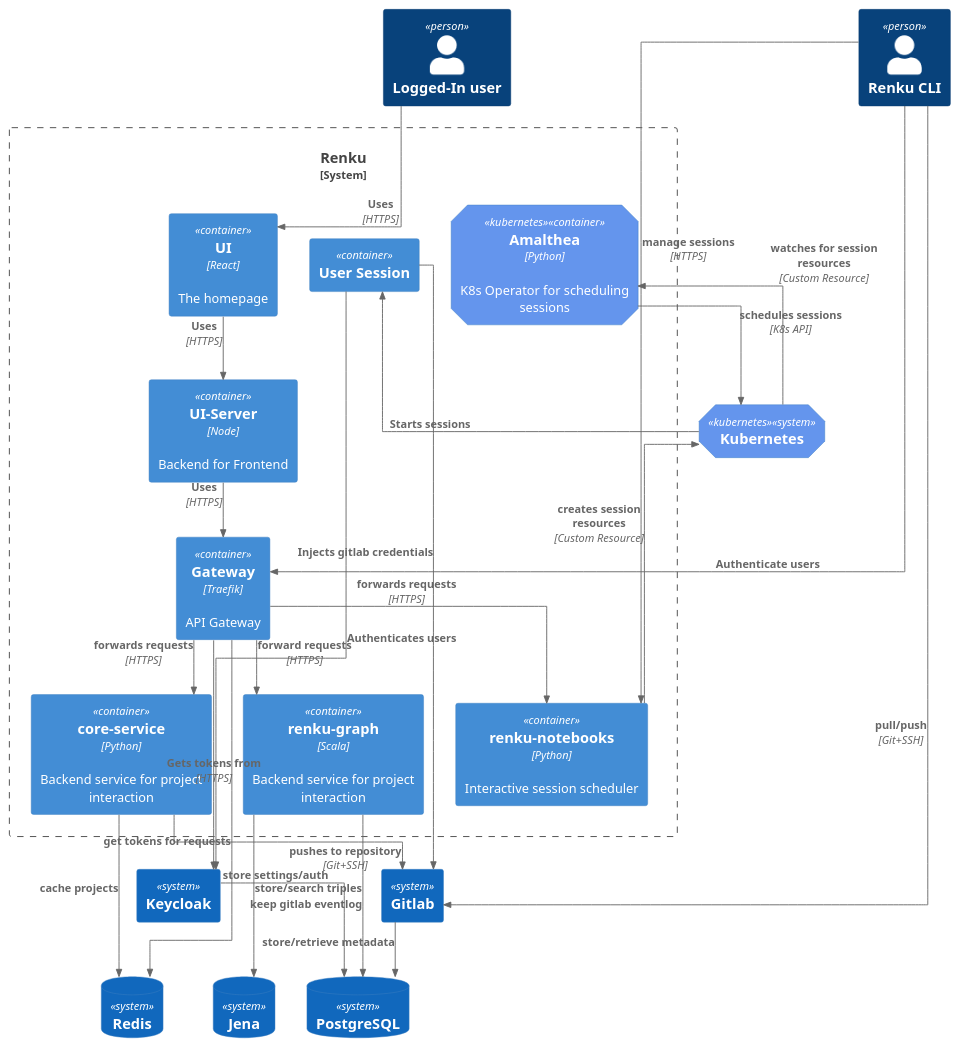
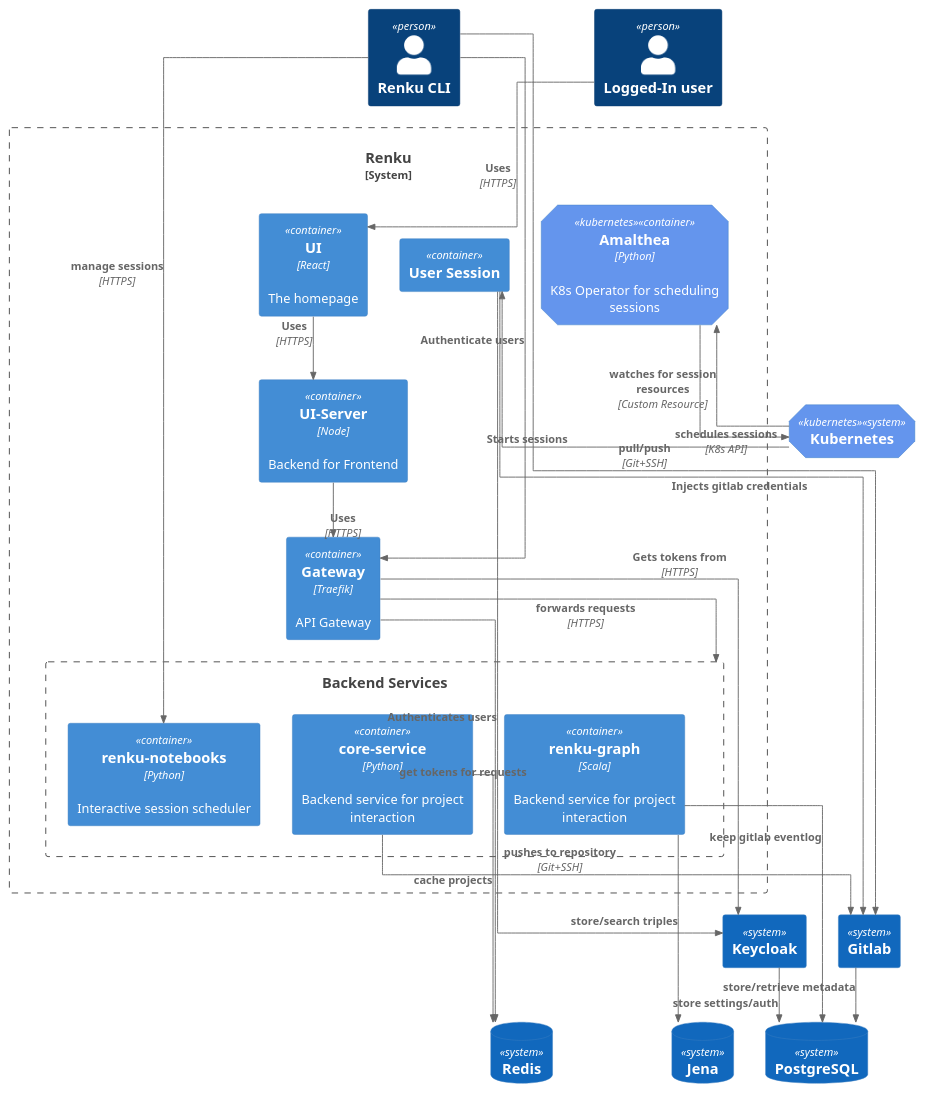
Before and after one commit to SwissDataScienceCenter/renku: the second of 3 diagrams in docs/reference/services/services-architecture.rst, drawn with PlantUML.

Commit message:
Add services boundary

```diff
--- a/docs/reference/services/services-architecture.rst
+++ b/docs/reference/services/services-architecture.rst
@@ -83,64 +83,63 @@
 .. uml::
 
     @startuml
     !include <C4/C4_Container.puml>
 
     skinparam linetype ortho
 
     AddElementTag("kubernetes", $shape=EightSidedShape(), $bgColor="CornflowerBlue", $fontColor="white", $legendText="micro service (eight sided)")
 
     Person(logged_in, "Logged-In user")
     Person(cli, "Renku CLI")
     System_Boundary(renku, "Renku") {
         Container(ui, "UI", "React", "The homepage")
         Container(ui_server, "UI-Server", "Node", "Backend for Frontend")
         Container(gateway, "Gateway", "Traefik", "API Gateway")
-        Container(core_service, "core-service", "Python", "Backend service for project interaction", $link="../reference/services/services-architecture.html#core-service")
-        Container(renku_graph, "renku-graph", "Scala", "Backend service for project interaction")
-        Container(renku_notebooks, "renku-notebooks", "Python", "Interactive session scheduler")
+        Boundary(services, "Backend Services") {
+            Container(core_service, "core-service", "Python", "Backend service for project interaction", $link="../reference/services/services-architecture.html#core-service")
+            Container(renku_graph, "renku-graph", "Scala", "Backend service for project interaction")
+            Container(renku_notebooks, "renku-notebooks", "Python", "Interactive session scheduler")
+        }
         Container(amalthea, "Amalthea", "Python", "K8s Operator for scheduling sessions", $tags="kubernetes")
         Container(session, "User Session")
     }
     System(gitlab, "Gitlab")
     System(keycloak, "Keycloak")
     System(k8s, "Kubernetes", $tags="kubernetes")
     SystemDb(postgres, "PostgreSQL")
     SystemDb(redis, "Redis")
     SystemDb(jena, "Jena")
 
     Rel_D(logged_in, ui, "Uses", "HTTPS")
     Rel(ui, ui_server, "Uses", "HTTPS")
     Rel(ui_server, gateway, "Uses", "HTTPS")
     Rel(gateway, keycloak, "Gets tokens from", "HTTPS")
-    Rel(gateway, core_service, "forwards requests", "HTTPS")
+    Rel(gateway, services, "forwards requests", "HTTPS")
     Rel_D(core_service, gitlab, "pushes to repository", "Git+SSH")
     Rel(core_service, redis, "cache projects")
-    Rel(gateway, renku_notebooks, "forwards requests", "HTTPS")
-    Rel(renku_notebooks, k8s, "creates session resources", "Custom Resource")
     Rel(k8s, amalthea, "watches for session resources", "Custom Resource")
     Rel(k8s, session, "Starts sessions")
     Rel(session, keycloak, "Authenticates users")
     Rel(session, gitlab, "Injects gitlab credentials")
     Rel(amalthea, k8s, "schedules sessions", "K8s API")
-    Rel(gateway, renku_graph, "forward requests", "HTTPS")
     Rel_D(cli, gitlab, "pull/push", "Git+SSH")
     Rel_D(cli, gateway, "Authenticate users")
     Rel_D(cli, renku_notebooks, "manage sessions", "HTTPS")
     Rel(gateway, redis, "get tokens for requests")
     Rel_D(gitlab, postgres, "store/retrieve metadata")
     Rel_D(renku_graph, postgres, "keep gitlab eventlog")
     Rel_D(renku_graph, jena, "store/search triples")
     Rel_D(keycloak, postgres, "store settings/auth")
 
     Lay_D(logged_in, renku)
     Lay_D(cli, renku)
     Lay_D(renku, gitlab)
     Lay_D(renku, keycloak)
     Lay_D(renku, k8s)
     Lay_D(gitlab, postgres)
     Lay_D(gitlab, redis)
     Lay_D(gitlab, jena)
     Lay_D(keycloak, postgres)
     Lay_D(keycloak, redis)
     Lay_D(keycloak, jena)
     @enduml
```
